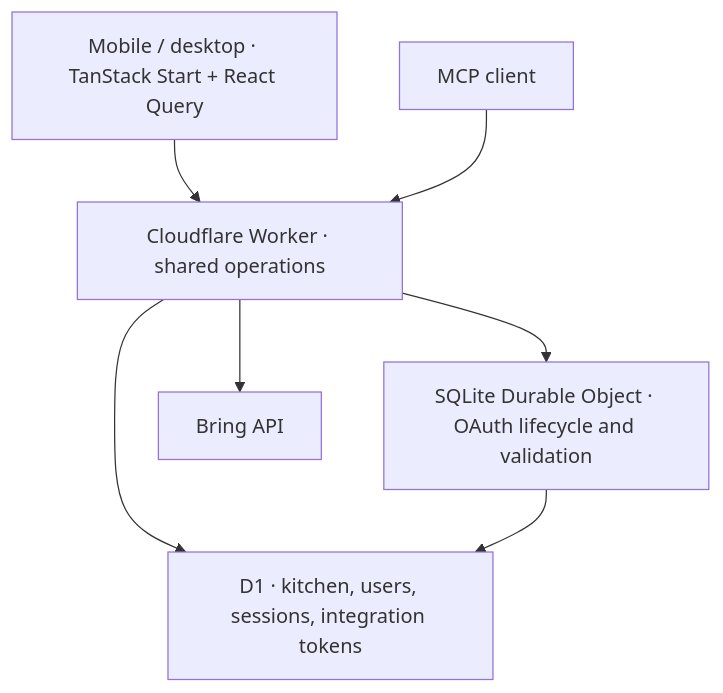
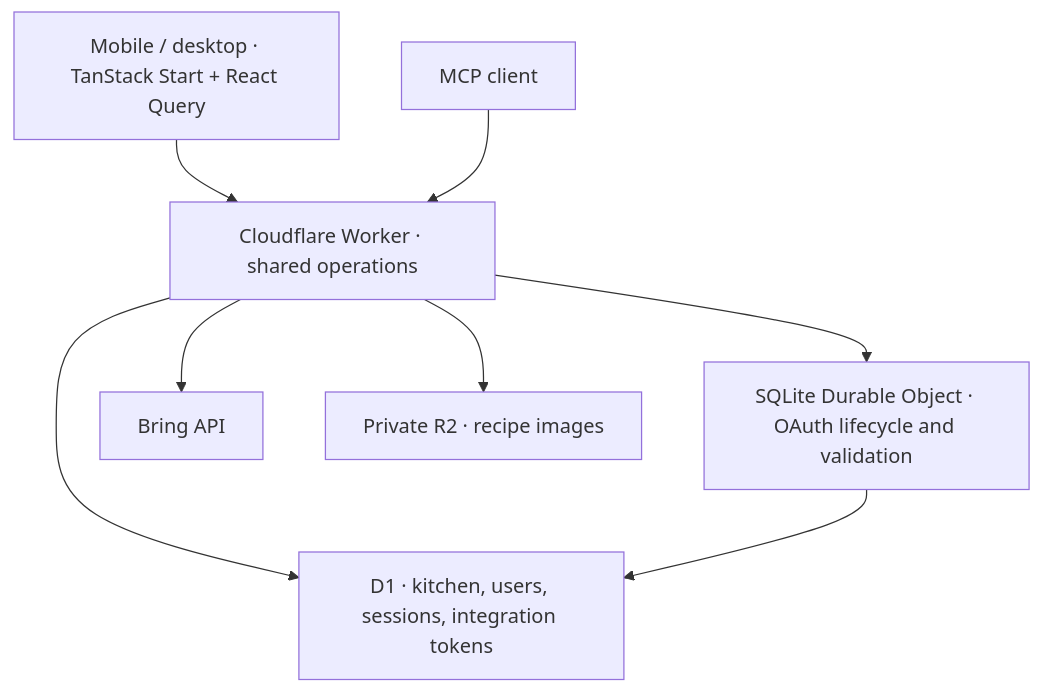
Before and after one commit to julianfbeck/LunchJu: the diagram in README.md, drawn with Mermaid. The commit also changed other lines of this file and 27 other files, not shown here.

Commit message:
Add private recipe images and connect German Stuttgart kitchen

````diff
--- a/README.md
+++ b/README.md
@@ -19,9 +19,10 @@
 ```mermaid
 flowchart TD
   Browser[Mobile / desktop · TanStack Start + React Query] --> Worker[Cloudflare Worker · shared operations]
   Agent[MCP client] --> Worker
   Worker --> D1[D1 · kitchen, users, sessions, integration tokens]
   Worker --> OAuth[SQLite Durable Object · OAuth lifecycle and validation]
   Worker --> Bring[Bring API]
+  Worker --> R2[Private R2 · recipe images]
   OAuth --> D1
 ```
````
